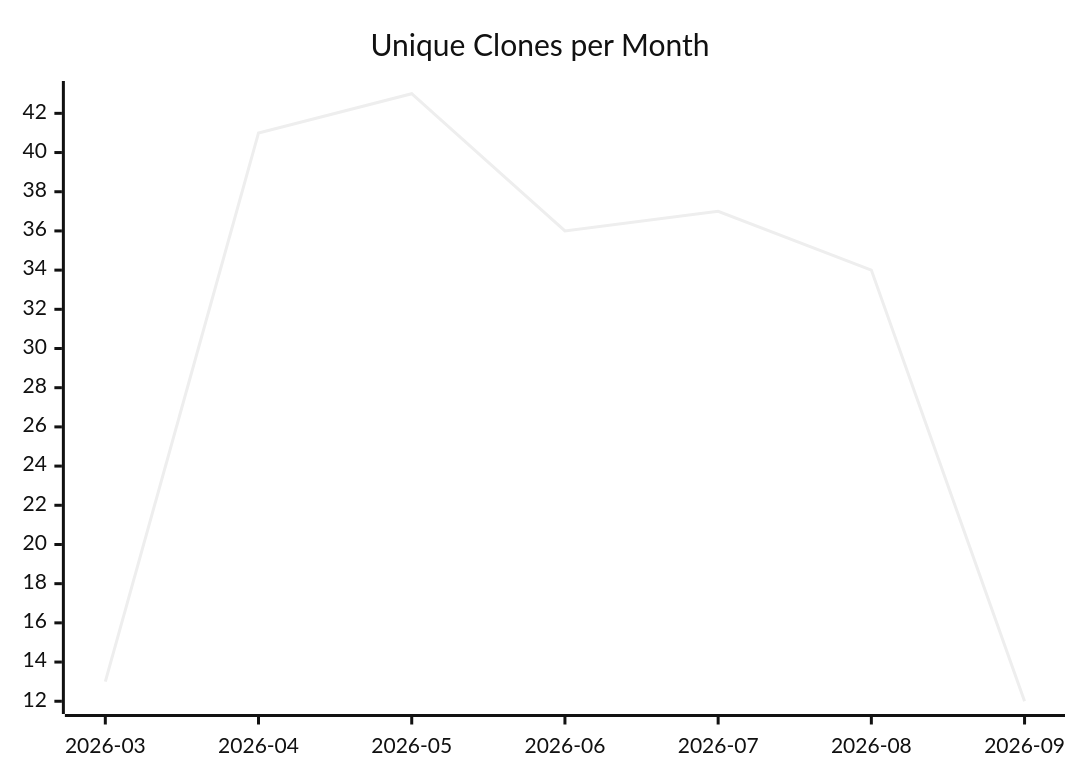
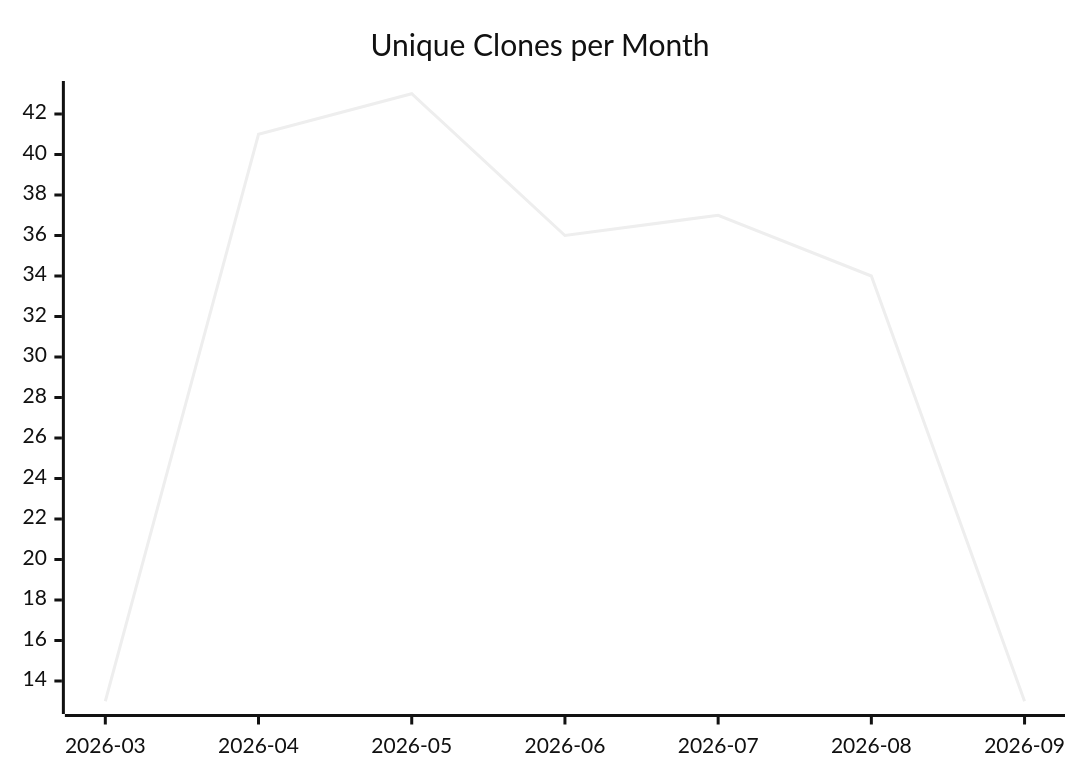
The third of 3 diagrams in karlmdavis/usgs-water-api-java/README.md (justdavis-family/github-analytics-data), drawn with Mermaid (neutral theme) before and after one commit. The commit also changed other lines of this file and 191 other files, not shown here.

````diff
--- a/karlmdavis/usgs-water-api-java/README.md
+++ b/karlmdavis/usgs-water-api-java/README.md
@@ -19,6 +19,6 @@
 ```mermaid
 xychart-beta
   title "Unique Clones per Month"
   x-axis ["2026-03", "2026-04", "2026-05", "2026-06", "2026-07", "2026-08", "2026-09"]
-  line [13, 41, 43, 36, 37, 34, 12]
+  line [13, 41, 43, 36, 37, 34, 13]
 ```
````
